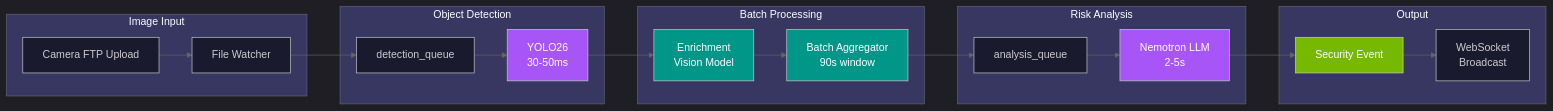
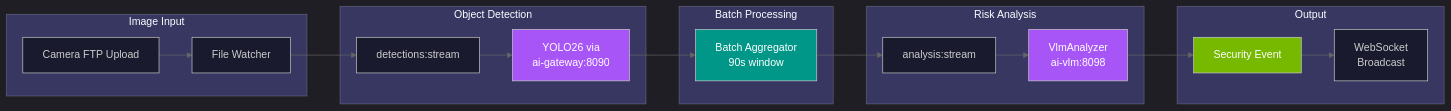
Before and after one commit to mikesvoboda/nemotron-v3-home-security-intelligence: the first of 5 diagrams in docs/developer/api/ai-pipeline.md, drawn with Mermaid. The commit also changed other lines of this file and 231 other files, not shown here.

````diff
--- a/docs/developer/api/ai-pipeline.md
+++ b/docs/developer/api/ai-pipeline.md
@@ -19,44 +18,41 @@
 ```mermaid
 %%{init: {'theme': 'dark', 'themeVariables': {'primaryColor': '#3B82F6', 'primaryTextColor': '#FFFFFF', 'primaryBorderColor': '#60A5FA', 'secondaryColor': '#A855F7', 'tertiaryColor': '#009688', 'background': '#121212', 'mainBkg': '#1a1a2e', 'lineColor': '#666666'}}}%%
 flowchart LR
     subgraph Input["Image Input"]
         CAM[Camera FTP Upload]
         FW[File Watcher]
     end
 
     subgraph Detection["Object Detection"]
-        DQ[detection_queue]
-        RT[YOLO26<br/>30-50ms]
+        DS[detections:stream]
+        YOLO[YOLO26 via<br/>ai-gateway:8090]
     end
 
     subgraph Processing["Batch Processing"]
-        ENR[Enrichment<br/>Vision Model]
         BA[Batch Aggregator<br/>90s window]
     end
 
     subgraph Analysis["Risk Analysis"]
-        AQ[analysis_queue]
-        NEM[Nemotron LLM<br/>2-5s]
+        AS[analysis:stream]
+        VLM[VlmAnalyzer<br/>ai-vlm:8098]
     end
 
     subgraph Output["Output"]
         EVT[Security Event]
         WS[WebSocket<br/>Broadcast]
     end
 
     CAM --> FW
-    FW --> DQ
-    DQ --> RT
-    RT --> ENR
-    ENR --> BA
-    BA --> AQ
-    AQ --> NEM
-    NEM --> EVT
+    FW --> DS
+    DS --> YOLO
+    YOLO --> BA
+    BA --> AS
+    AS --> VLM
+    VLM --> EVT
     EVT --> WS
 
-    style RT fill:#A855F7,color:#fff
-    style NEM fill:#A855F7,color:#fff
+    style YOLO fill:#A855F7,color:#fff
+    style VLM fill:#A855F7,color:#fff
     style BA fill:#009688,color:#fff
-    style ENR fill:#009688,color:#fff
     style EVT fill:#76B900,color:#fff
 ```
````
